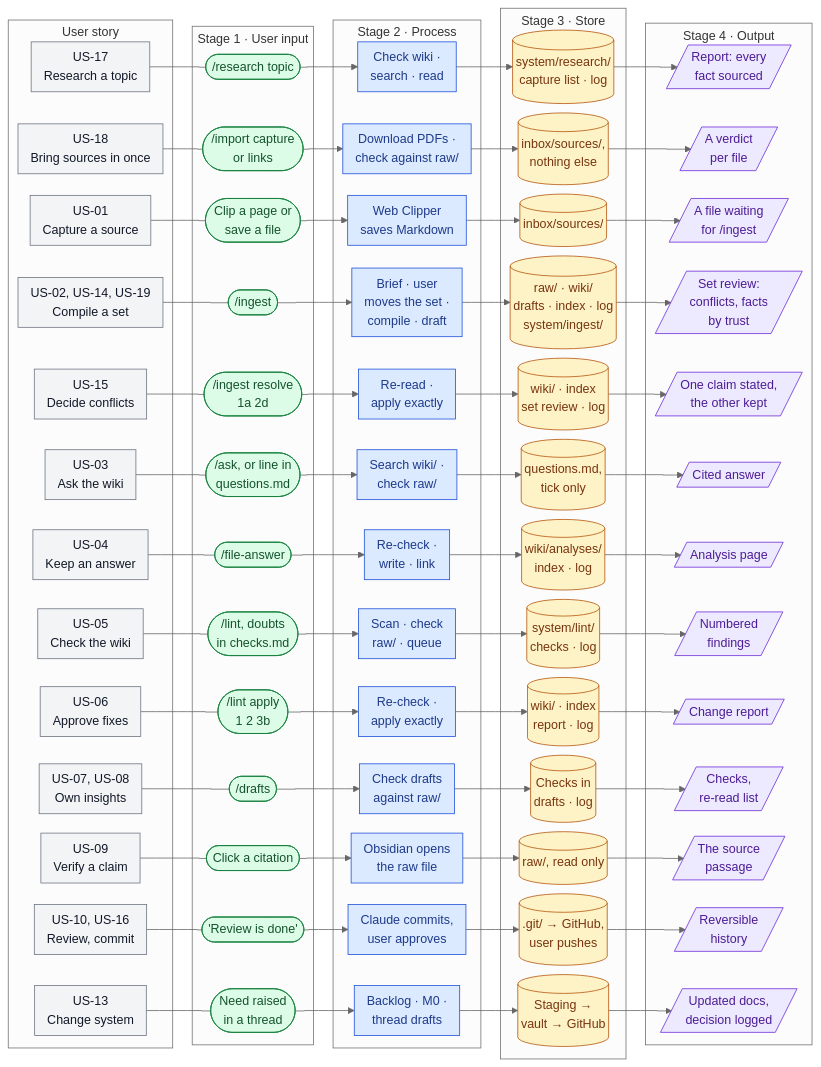
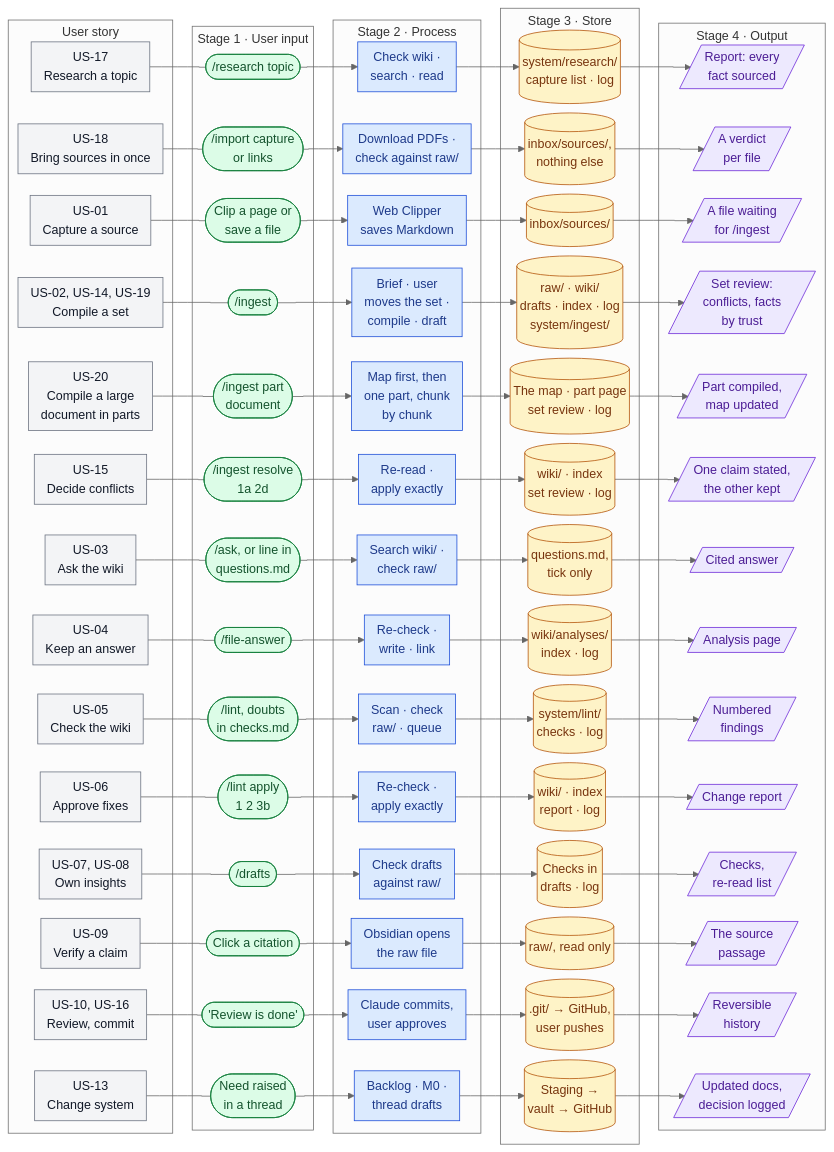
One commit to quocnguyen13/second-brain changed the second of 21 diagrams in mine/projects/thinking-system/20 Product Requirements.md. Above: the diagram before and after it, drawn with Mermaid (neutral theme). The commit also changed other lines of this file and 10 other files, not shown here.

````diff
--- a/mine/projects/thinking-system/20 Product Requirements.md
+++ b/mine/projects/thinking-system/20 Product Requirements.md
@@ -178,6 +180,7 @@
         S13["US-18<br/>Bring sources in once"]
         S1["US-01<br/>Capture a source"]
         S2["US-02, US-14, US-19<br/>Compile a set"]
+        S14["US-20<br/>Compile a large<br/>document in parts"]
         S11["US-15<br/>Decide conflicts"]
         S3["US-03<br/>Ask the wiki"]
         S4["US-04<br/>Keep an answer"]
@@ -193,6 +196,7 @@
         I13(["/import capture<br/>or links"])
         I1(["Clip a page or<br/>save a file"])
         I2(["/ingest"])
+        I14(["/ingest part<br/>document"])
         I11(["/ingest resolve<br/>1a 2d"])
         I3(["/ask, or line in<br/>questions.md"])
         I4(["/file-answer"])
@@ -208,6 +212,7 @@
         P13["Download PDFs ·<br/>check against raw/"]
         P1["Web Clipper<br/>saves Markdown"]
         P2["Brief · user<br/>moves the set ·<br/>compile · draft"]
+        P14["Map first, then<br/>one part, chunk<br/>by chunk"]
         P11["Re-read ·<br/>apply exactly"]
         P3["Search wiki/ ·<br/>check raw/"]
         P4["Re-check ·<br/>write · link"]
@@ -223,6 +228,7 @@
         D13[("inbox/sources/,<br/>nothing else")]
         D1[("inbox/sources/")]
         D2[("raw/ · wiki/<br/>drafts · index · log<br/>system/ingest/")]
+        D14[("The map · part page<br/>set review · log")]
         D11[("wiki/ · index<br/>set review · log")]
         D3[("questions.md,<br/>tick only")]
         D4[("wiki/analyses/<br/>index · log")]
@@ -238,6 +244,7 @@
         O13[/"A verdict<br/>per file"/]
         O1[/"A file waiting<br/>for /ingest"/]
         O2[/"Set review:<br/>conflicts, facts<br/>by trust"/]
+        O14[/"Part compiled,<br/>map updated"/]
         O11[/"One claim stated,<br/>the other kept"/]
         O3[/"Cited answer"/]
         O4[/"Analysis page"/]
@@ -252,6 +259,7 @@
     S13 --- I13 --> P13 --> D13 --> O13
     S1 --- I1 --> P1 --> D1 --> O1
     S2 --- I2 --> P2 --> D2 --> O2
+    S14 --- I14 --> P14 --> D14 --> O14
     S11 --- I11 --> P11 --> D11 --> O11
     S3 --- I3 --> P3 --> D3 --> O3
     S4 --- I4 --> P4 --> D4 --> O4
@@ -266,9 +274,9 @@
     classDef proc fill:#dbeafe,stroke:#1d4ed8,color:#1e3a8a
     classDef sto fill:#fef3c7,stroke:#b45309,color:#78350f
     classDef out fill:#ede9fe,stroke:#6d28d9,color:#4c1d95
-    class S1,S2,S3,S4,S5,S6,S7,S8,S9,S10,S11,S12,S13 story
-    class I1,I2,I3,I4,I5,I6,I7,I8,I9,I10,I11,I12,I13 inp
-    class P1,P2,P3,P4,P5,P6,P7,P8,P9,P10,P11,P12,P13 proc
-    class D1,D2,D3,D4,D5,D6,D7,D8,D9,D10,D11,D12,D13 sto
-    class O1,O2,O3,O4,O5,O6,O7,O8,O9,O10,O11,O12,O13 out
+    class S1,S2,S3,S4,S5,S6,S7,S8,S9,S10,S11,S12,S13,S14 story
+    class I1,I2,I3,I4,I5,I6,I7,I8,I9,I10,I11,I12,I13,I14 inp
+    class P1,P2,P3,P4,P5,P6,P7,P8,P9,P10,P11,P12,P13,P14 proc
+    class D1,D2,D3,D4,D5,D6,D7,D8,D9,D10,D11,D12,D13,D14 sto
+    class O1,O2,O3,O4,O5,O6,O7,O8,O9,O10,O11,O12,O13,O14 out
 ```
````
